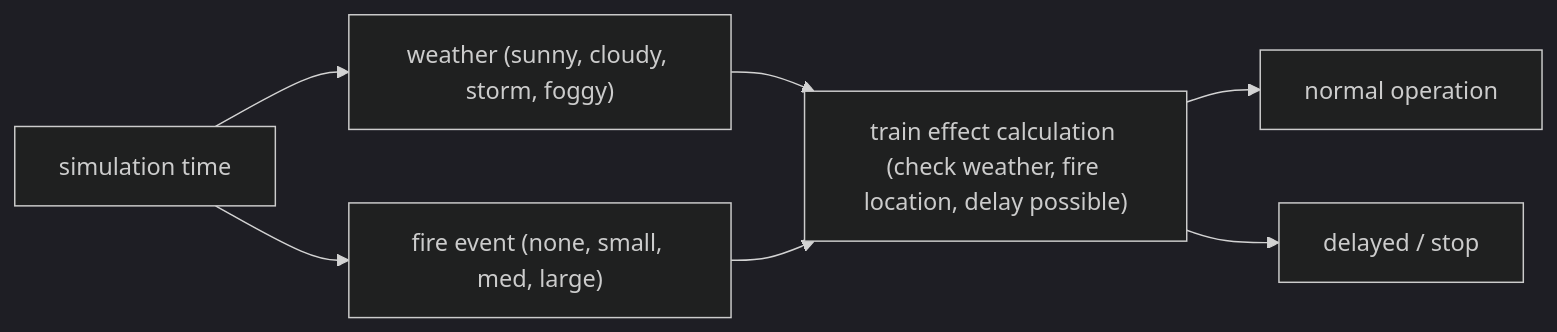
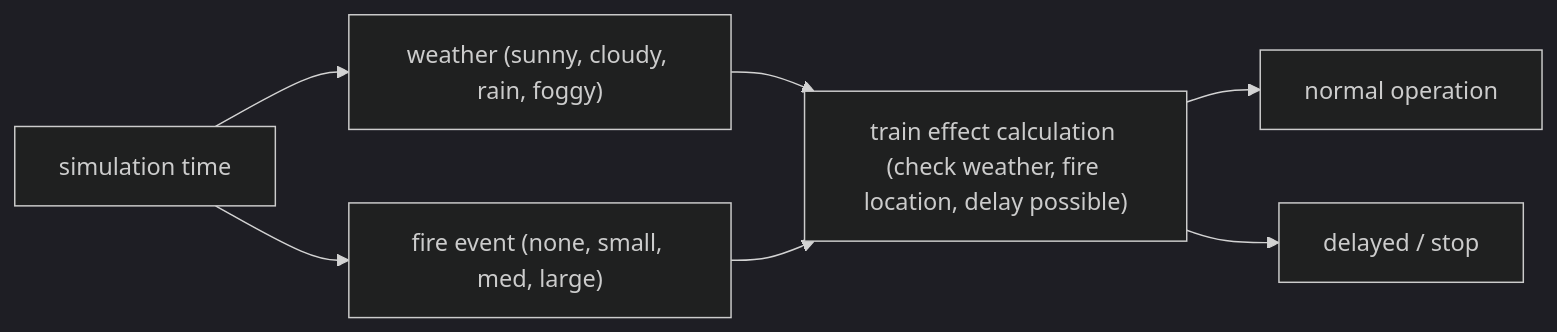
One commit to amanda337/comp2000-project changed the second of 2 diagrams in README.md. Above: the diagram before and after it, drawn with Mermaid (dark theme). The commit also changed other lines of this file and 5 other files, not shown here.

````diff
--- a/README.md
+++ b/README.md
@@ -133,9 +152,9 @@
 ```mermaid
 flowchart LR
-    sim["simulation time"] --> weather["weather (sunny, cloudy, storm, foggy)"]
+    sim["simulation time"] --> weather["weather (sunny, cloudy, rain, foggy)"]
     sim --> fire["fire event (none, small, med, large)"]
     weather --> effect["train effect calculation (check weather, fire location, delay possible)"]
     fire --> effect
     effect --> normal["normal operation"]
     effect --> delayed["delayed / stop"]
 ```
````
